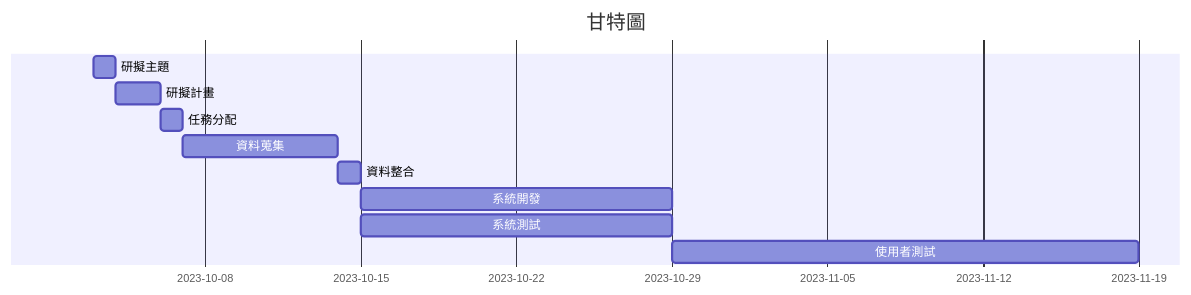
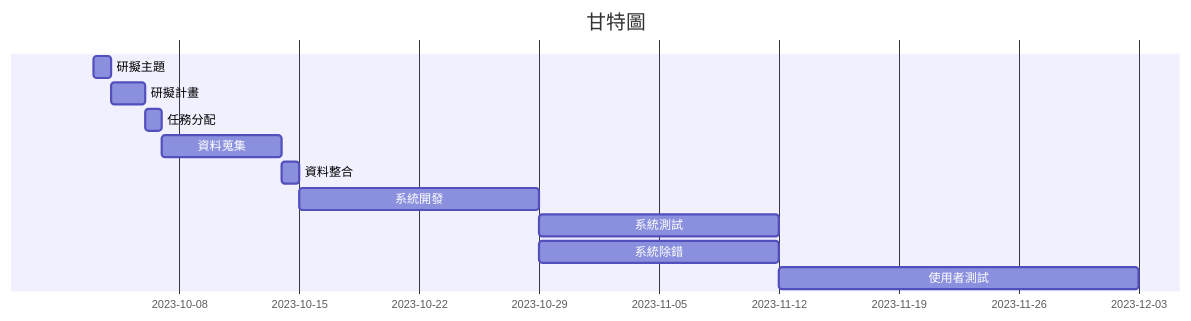
Before and after one commit to C110134148/T15nT1: the diagram in README.md, drawn with Mermaid.

````diff
--- a/README.md
+++ b/README.md
@@ -17,12 +17,13 @@
 ```mermaid
     gantt
         title 甘特圖
         研擬主題     : a1, 2023-10-3 ,1d
         研擬計畫     : a2, after a1 , 2d
         任務分配     : a3, after a2 , 1d
         資料蒐集     : a4, after a3 , 7d
         資料整合     : a5, after a4 , 1d
         系統開發     : a6, after a5 , 14d
-        系統測試     : a7 ,after a5 , 14d
-        使用者測試   : a8, after a7 ,21d 
+        系統測試     : a7 ,after a6 , 14d
+        系統除錯     : a8 ,after a6 , 14d
+        使用者測試   : a9, after a7 ,21d
 ```
````
